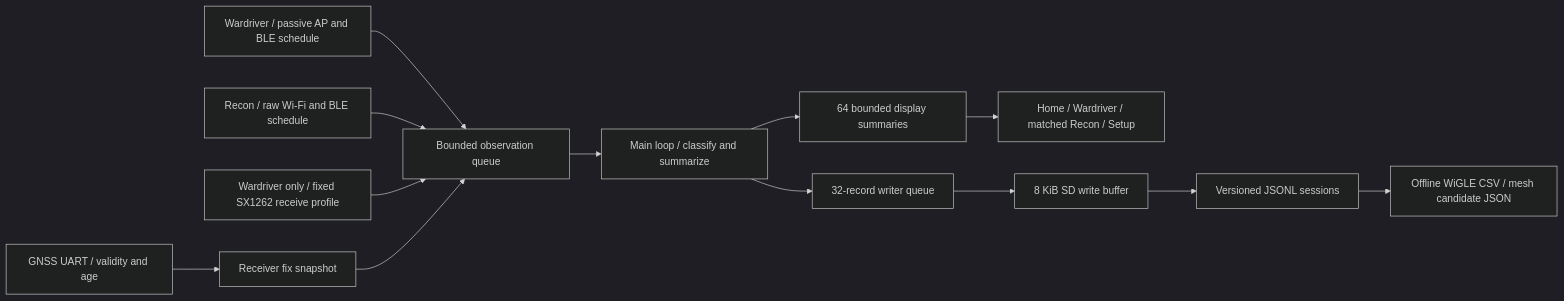
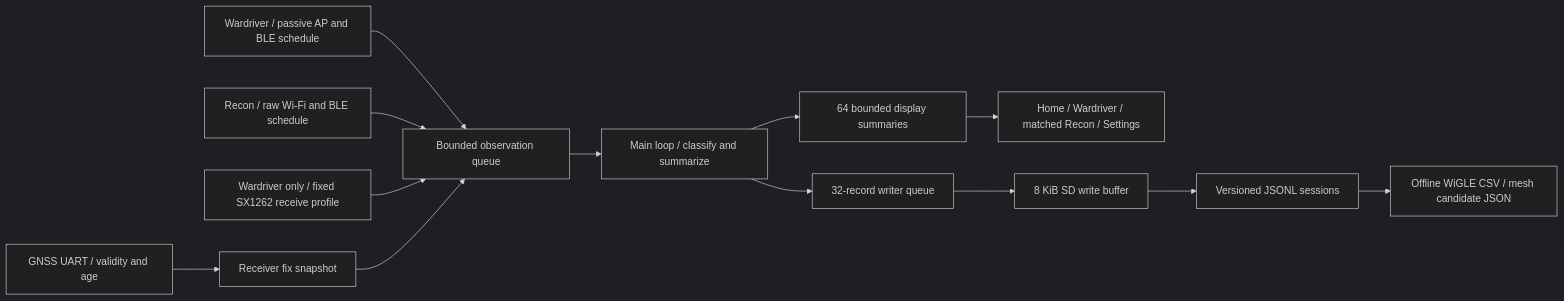
The diagram in docs/ARCHITECTURE.md (Uszi/LORA-Tunnel), drawn with Mermaid (dark theme) before and after one commit. The commit also changed other lines of this file and 72 other files, not shown here.

Commit message:
Add regional LoRa setup, confirmed Settings shutdown and VTS branding

````diff
--- a/docs/ARCHITECTURE.md
+++ b/docs/ARCHITECTURE.md
@@ -26,15 +27,15 @@
 ```mermaid
 flowchart LR
   GNSS[GNSS UART / validity and age] --> Fix[Receiver fix snapshot]
   Drive[Wardriver / passive AP and BLE schedule] --> Q[Bounded observation queue]
   Recon[Recon / raw Wi-Fi and BLE schedule] --> Q
   LoRa[Wardriver only / fixed SX1262 receive profile] --> Q
   Fix --> Q
   Q --> Main[Main loop / classify and summarize]
   Main --> Cache[64 bounded display summaries]
-  Cache --> UI[Home / Wardriver / matched Recon / Setup]
+  Cache --> UI[Home / Wardriver / matched Recon / Settings]
   Main --> W[32-record writer queue]
   W --> Buffer[8 KiB SD write buffer]
   Buffer --> SD[Versioned JSONL sessions]
   SD --> Export[Offline WiGLE CSV / mesh candidate JSON]
 ```
````
